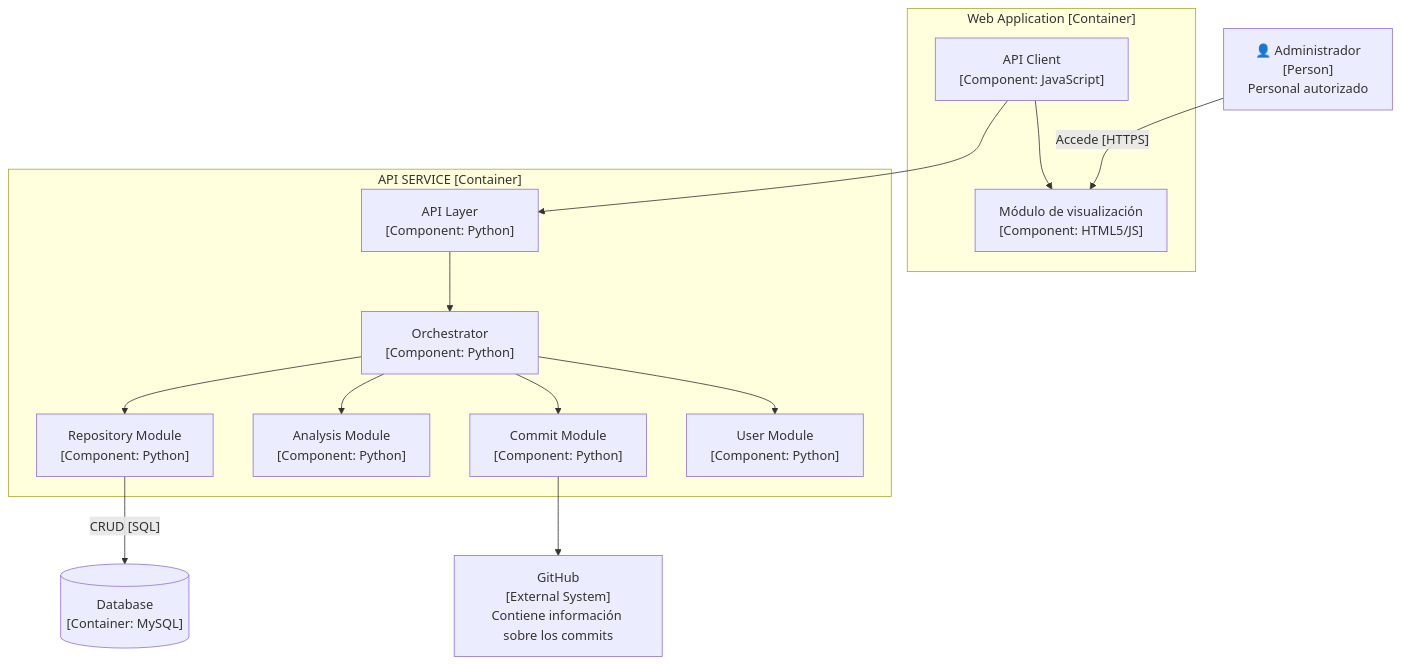
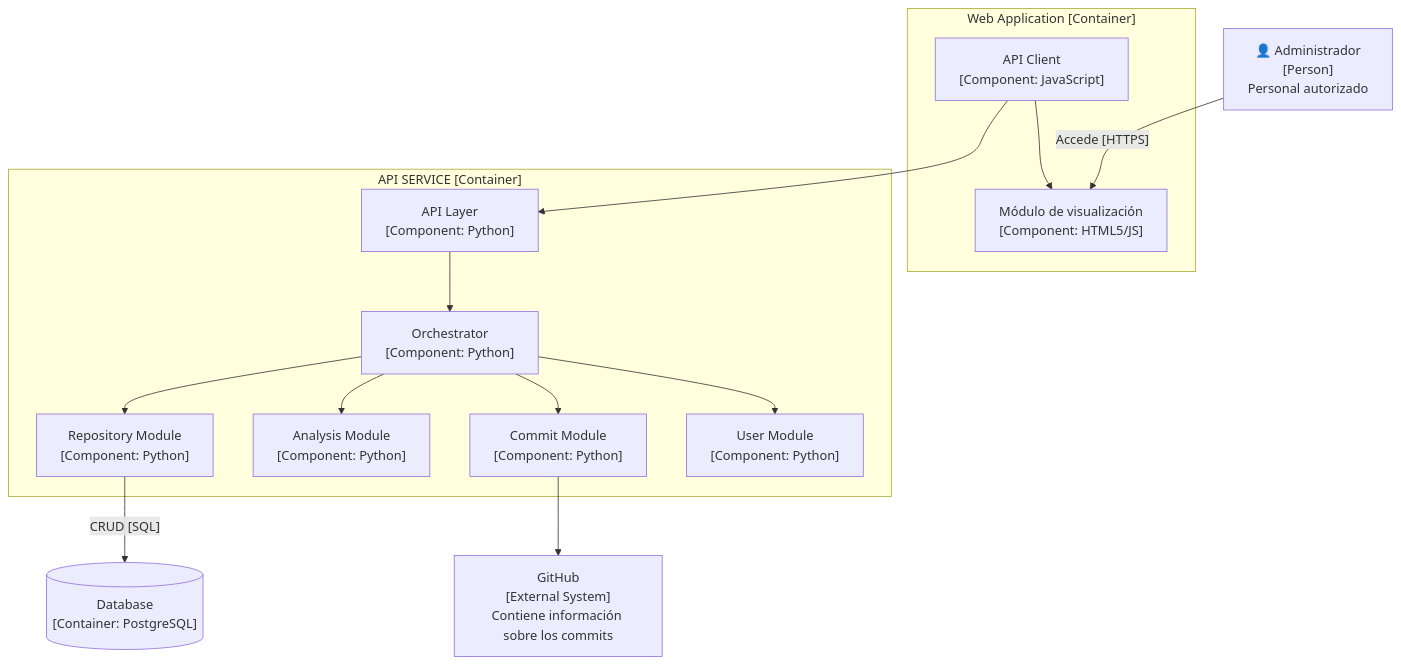
One commit to PangoAguirre/CommitLens changed the third of 3 diagrams in docs/01-arquitectura.md. Above: the diagram before and after it, drawn with Mermaid.

Commit message:
docs: corregí tecnología descrita en la base de datos del mermeid nivel 3

````diff
--- a/docs/01-arquitectura.md
+++ b/docs/01-arquitectura.md
@@ -36,31 +36,31 @@
 ```mermaid
 flowchart TB
     admin["👤 Administrador<br/>[Person]<br/>Personal autorizado"]
     github["GitHub<br/>[External System]<br/>Contiene información sobre los commits"]
-    db[("Database<br/>[Container: MySQL]<br/>")]
+    db[("Database<br/>[Container: PostgreSQL]<br/>")]
 
     subgraph webapp["Web Application [Container]"]
         viz["Módulo de visualización<br/>[Component: HTML5/JS]"]
         apiclient["API Client<br/>[Component: JavaScript]"]
     end
 
     subgraph apiservice["API SERVICE [Container]"]
         apilayer["API Layer<br/>[Component: Python]"]
         orchestrator["Orchestrator<br/>[Component: Python]"]
         commit["Commit Module<br/>[Component: Python]"]
         analysis["Analysis Module<br/>[Component: Python]"]
         repo["Repository Module<br/>[Component: Python]"]
         user["User Module<br/>[Component: Python]"]
     end
 
     admin -->|"Accede [HTTPS]"| viz
     apiclient -->|" "| viz
     apiclient -->|" "| apilayer
     apilayer -->|" "| orchestrator
     orchestrator -->|" "| repo
     orchestrator -->|" "| commit
     orchestrator -->|" "| user
     orchestrator -->|" "| analysis
     commit -->|" "| github
     repo -->|"CRUD [SQL]"| db
 ```
````
